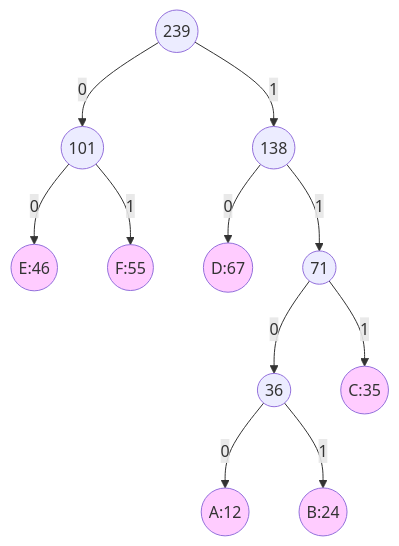
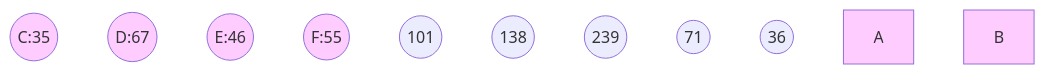
Before and after one commit to dmjcb/SelfBlog: the seventh of 7 diagrams in DataStructures/Tree/BinaryTree/2020-01-16-哈夫曼树.md, drawn with Mermaid. The commit also changed other lines of this file and 224 other files, not shown here.

````diff
--- a/DataStructures/Tree/BinaryTree/2020-01-16-哈夫曼树.md
+++ b/DataStructures/Tree/BinaryTree/2020-01-16-哈夫曼树.md
@@ -198,35 +168,25 @@
 ```mermaid
 graph TB
     C((C:35))
     D((D:67))
     E((E:46))
     F((F:55))
 
     Z((101))
-    Z --0--> E
-    Z --1--> F
 
     W((138))
-    W --0--> D
-    W --1--> Y
 
     V((239))
-    V --0--> Z
-    V --1--> W
 
     Y((71))
     X((36)) 
 
-    Y --0--> X
-    Y --1--> C((C:35))
-    X --0--> A((A:12))
-    X --1--> B((B:24))
 
     A:::Style
     B:::Style
     C:::Style
     D:::Style
     E:::Style
     F:::Style
     classDef Style fill:#FFCCFF
 ```
````
